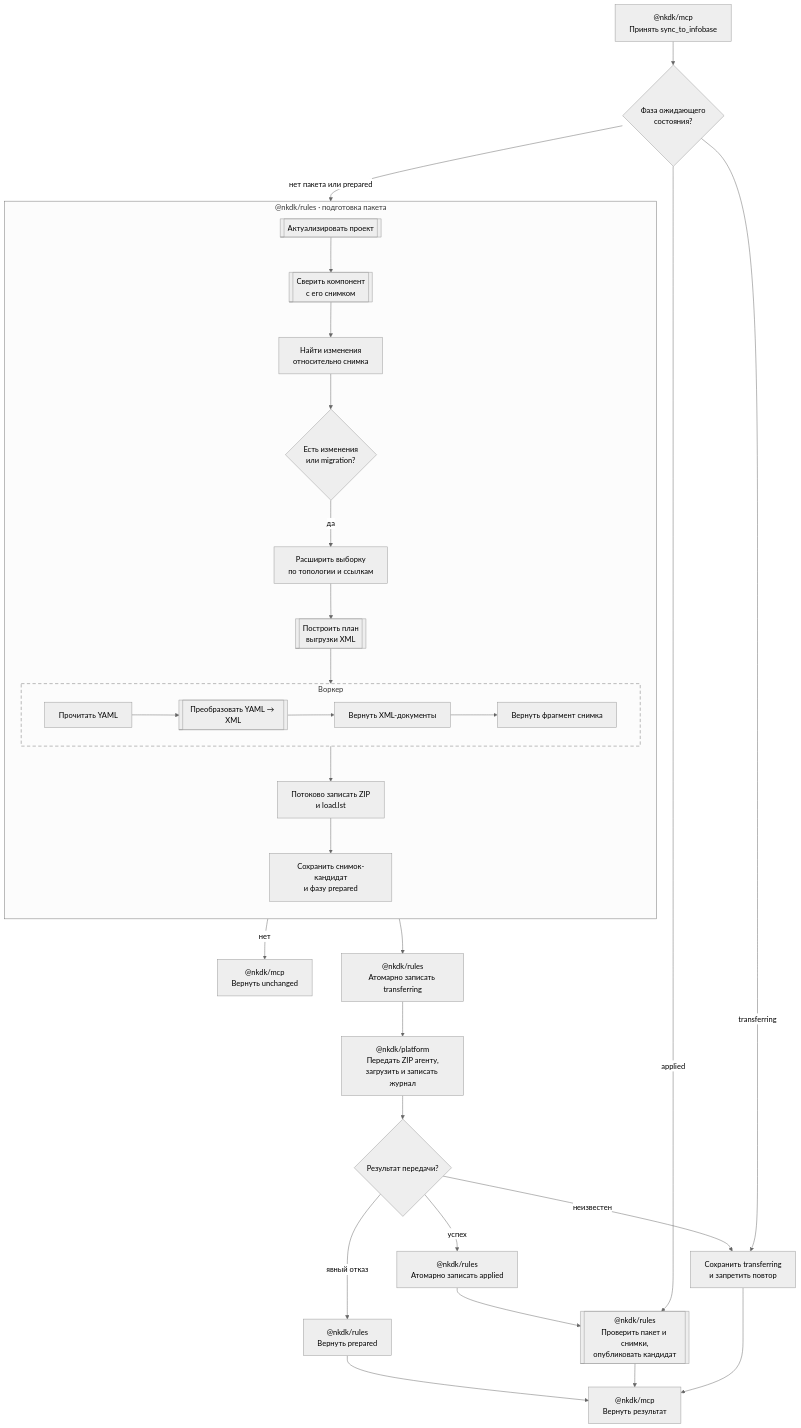
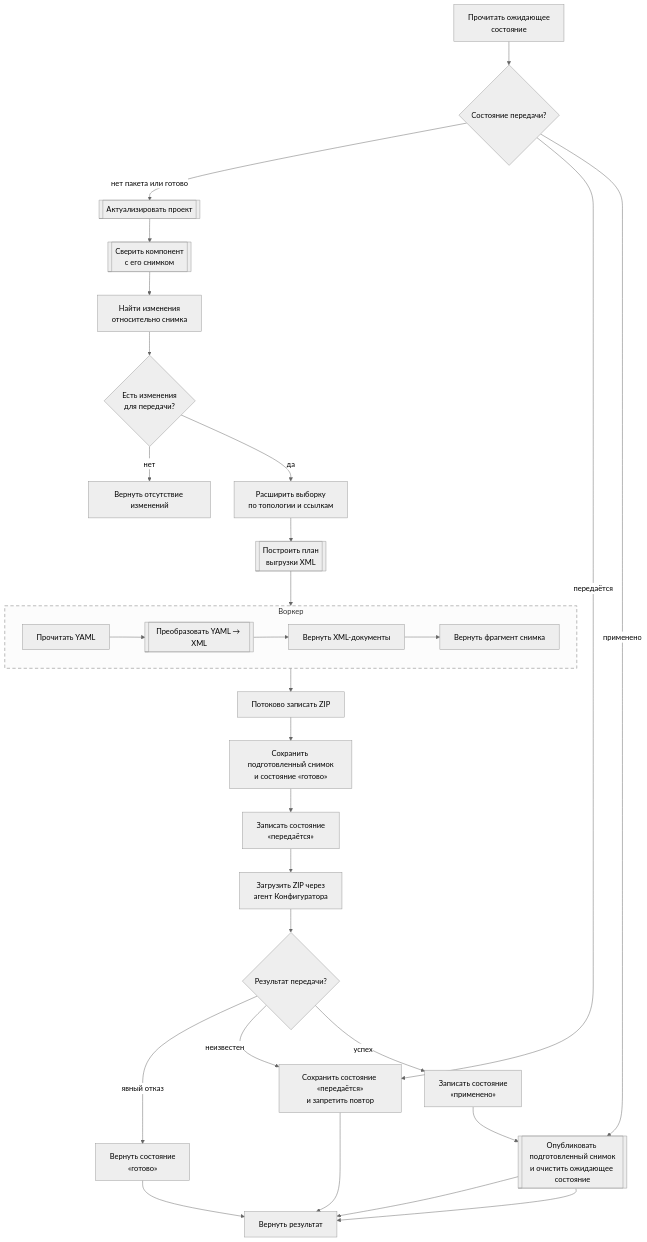
One commit to crimsongoldteam/nkdk changed the ninth of 11 diagrams in .agents/architecture.md. Above: the diagram before and after it, drawn with Mermaid (neutral theme). The commit also changed other lines of this file and 1 other file, not shown here.

Commit message:
docs: :memo: упростить схему частичной синхронизации
Привести целевую операцию к обозначениям архитектурного монитора и убрать внутренние английские имена из таблицы и схемы.

````diff
--- a/.agents/architecture.md
+++ b/.agents/architecture.md
@@ -288,47 +287,41 @@
 ```mermaid
 flowchart TD
-  request["@nkdk/mcp<br/>Принять sync_to_infobase"]
-  phase{"Фаза ожидающего<br/>состояния?"}
+  state["Прочитать ожидающее<br/>состояние"]
+  phase{"Состояние передачи?"}
+  validate[["Актуализировать проект"]]
+  target[["Сверить компонент<br/>с его снимком"]]
+  changes["Найти изменения<br/>относительно снимка"]
+  work{"Есть изменения<br/>для передачи?"}
+  impact["Расширить выборку<br/>по топологии и ссылкам"]
+  plan[["Построить план<br/>выгрузки XML"]]
 
-  subgraph preparePackage["@nkdk/rules · подготовка пакета"]
-    direction TD
-    validate[["Актуализировать проект"]]
-    target[["Сверить компонент<br/>с его снимком"]]
-    changes["Найти изменения<br/>относительно снимка"]
-    work{"Есть изменения<br/>или migration?"}
-    impact["Расширить выборку<br/>по топологии и ссылкам"]
-    plan[["Построить план<br/>выгрузки XML"]]
-
-    subgraph partialSyncJob["Воркер"]
-      direction LR
-      readYaml["Прочитать YAML"] --> toXml[["Преобразовать YAML → XML"]] --> document["Вернуть XML-документы"] --> fragment["Вернуть фрагмент снимка"]
-    end
-
-    archive["Потоково записать ZIP<br/>и load.lst"]
-    prepared["Сохранить снимок-кандидат<br/>и фазу prepared"]
-
-    validate --> target --> changes --> work
-    work -- "да" --> impact --> plan --> partialSyncJob --> archive --> prepared
+  subgraph partialSyncJob["Воркер"]
+    direction LR
+    readYaml["Прочитать YAML"] --> toXml[["Преобразовать YAML → XML"]] --> document["Вернуть XML-документы"] --> fragment["Вернуть фрагмент снимка"]
   end
 
-  noChanges["@nkdk/mcp<br/>Вернуть unchanged"]
-  transferring["@nkdk/rules<br/>Атомарно записать transferring"]
-  load["@nkdk/platform<br/>Передать ZIP агенту,<br/>загрузить и записать журнал"]
+  archive["Потоково записать ZIP"]
+  prepared["Сохранить подготовленный снимок<br/>и состояние «готово»"]
+  noChanges["Вернуть отсутствие изменений"]
+  transferring["Записать состояние<br/>«передаётся»"]
+  load["Загрузить ZIP через<br/>агент Конфигуратора"]
   outcome{"Результат передачи?"}
-  retry["@nkdk/rules<br/>Вернуть prepared"]
-  unknown["Сохранить transferring<br/>и запретить повтор"]
-  applied["@nkdk/rules<br/>Атомарно записать applied"]
-  publish[["@nkdk/rules<br/>Проверить пакет и снимки,<br/>опубликовать кандидат"]]
-  result["@nkdk/mcp<br/>Вернуть результат"]
+  retry["Вернуть состояние<br/>«готово»"]
+  unknown["Сохранить состояние «передаётся»<br/>и запретить повтор"]
+  applied["Записать состояние<br/>«применено»"]
+  publish[["Опубликовать подготовленный снимок<br/>и очистить ожидающее состояние"]]
+  result["Вернуть результат"]
 
-  request --> phase
-  phase -- "нет пакета или prepared" --> validate
-  phase -- "transferring" --> unknown --> result
-  phase -- "applied" --> publish --> result
+  state --> phase
+  phase -- "нет пакета или готово" --> validate
+  phase -- "передаётся" --> unknown --> result
+  phase -- "применено" --> publish --> result
+  validate --> target --> changes --> work
   work -- "нет" --> noChanges
+  work -- "да" --> impact --> plan --> partialSyncJob --> archive --> prepared
   prepared --> transferring --> load --> outcome
   outcome -- "явный отказ" --> retry --> result
   outcome -- "неизвестен" --> unknown
-  outcome -- "успех" --> applied --> publish
+  outcome -- "успех" --> applied --> publish --> result
   style partialSyncJob stroke-dasharray: 7 5
 ```
````
